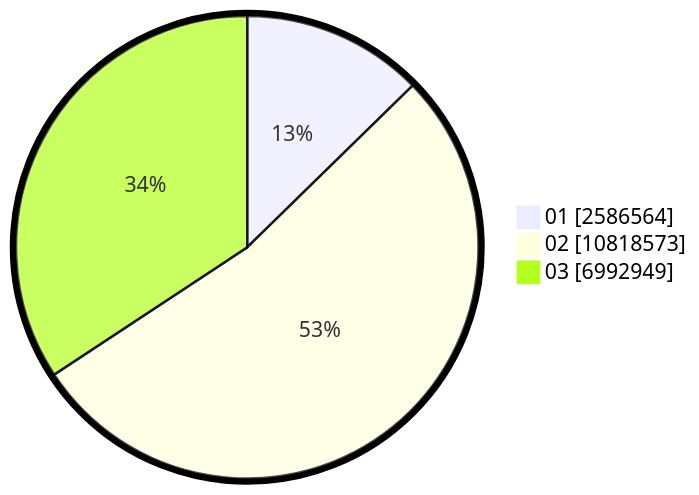
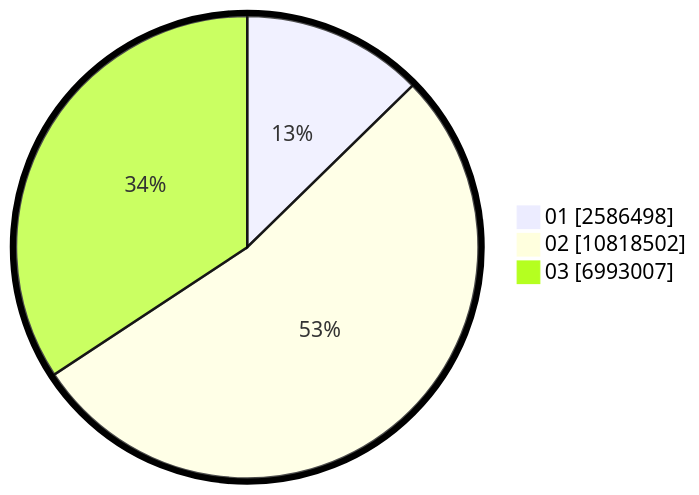
One commit to gigit-pemilu/pemilu-2024 changed the second of 2 diagrams in pilpres/hitung-suara/sub/table-wilayah-33.md. Above: the diagram before and after it, drawn with Mermaid. The commit also changed other lines of this file and 10 other files, not shown here.

````diff
--- a/pilpres/hitung-suara/sub/table-wilayah-33.md
+++ b/pilpres/hitung-suara/sub/table-wilayah-33.md
@@ -15,7 +15,7 @@
 ```mermaid
 %%{init: {"pie": {"textPosition": 0.5}, "themeVariables": {"pieOuterStrokeWidth": "5px"}} }%%
 pie showData
-    "01" : 2586564
-    "02" : 10818573
-    "03" : 6992949
+    "01" : 2586498
+    "02" : 10818502
+    "03" : 6993007
 ```
````
